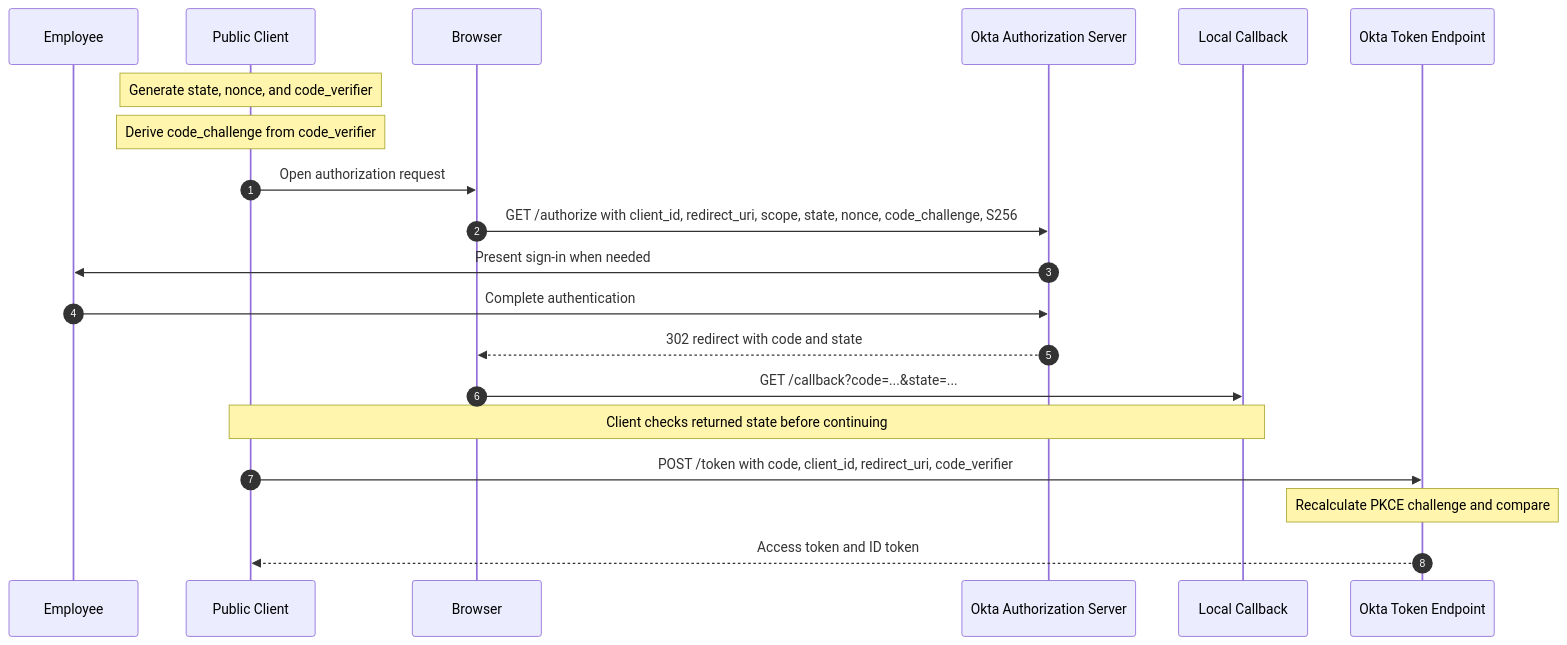
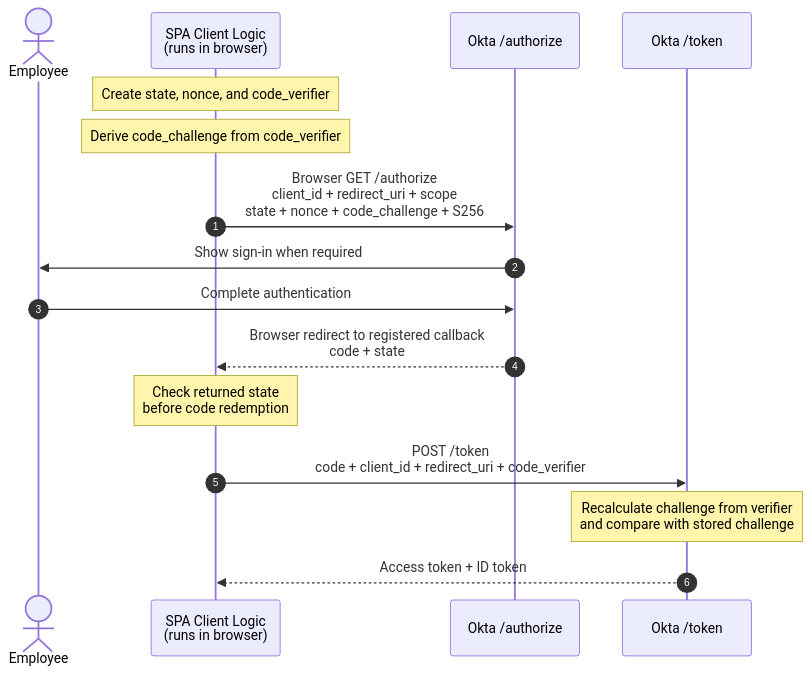
One commit to TedxHarry/OAuth-OIDC changed the diagram in lessons/day-03-authorization-code-pkce.md. Above: the diagram before and after it, drawn with Mermaid.

Commit message:
Clarify Day 3 SPA flow diagram

````diff
--- a/lessons/day-03-authorization-code-pkce.md
+++ b/lessons/day-03-authorization-code-pkce.md
@@ -478,29 +478,26 @@
 ```mermaid
 sequenceDiagram
     autonumber
-    participant U as Employee
-    participant C as Public Client
-    participant B as Browser
-    participant O as Okta Authorization Server
-    participant CB as Local Callback
-    participant T as Okta Token Endpoint
+    actor U as Employee
+    participant SPA as SPA Client Logic<br/>(runs in browser)
+    participant A as Okta /authorize
+    participant T as Okta /token
 
-    Note over C: Generate state, nonce, and code_verifier
-    Note over C: Derive code_challenge from code_verifier
+    Note over SPA: Create state, nonce, and code_verifier
+    Note over SPA: Derive code_challenge from code_verifier
 
-    C->>B: Open authorization request
-    B->>O: GET /authorize with client_id, redirect_uri, scope, state, nonce, code_challenge, S256
+    SPA->>A: Browser GET /authorize<br/>client_id + redirect_uri + scope<br/>state + nonce + code_challenge + S256
 
-    O->>U: Present sign-in when needed
-    U->>O: Complete authentication
+    A->>U: Show sign-in when required
+    U->>A: Complete authentication
 
-    O-->>B: 302 redirect with code and state
-    B->>CB: GET /callback?code=...&state=...
+    A-->>SPA: Browser redirect to registered callback<br/>code + state
 
-    Note over C,CB: Client checks returned state before continuing
+    Note over SPA: Check returned state<br/>before code redemption
 
-    C->>T: POST /token with code, client_id, redirect_uri, code_verifier
-    Note over T: Recalculate PKCE challenge and compare
+    SPA->>T: POST /token<br/>code + client_id + redirect_uri + code_verifier
 
-    T-->>C: Access token and ID token
+    Note over T: Recalculate challenge from verifier<br/>and compare with stored challenge
+
+    T-->>SPA: Access token + ID token
 ```
````
